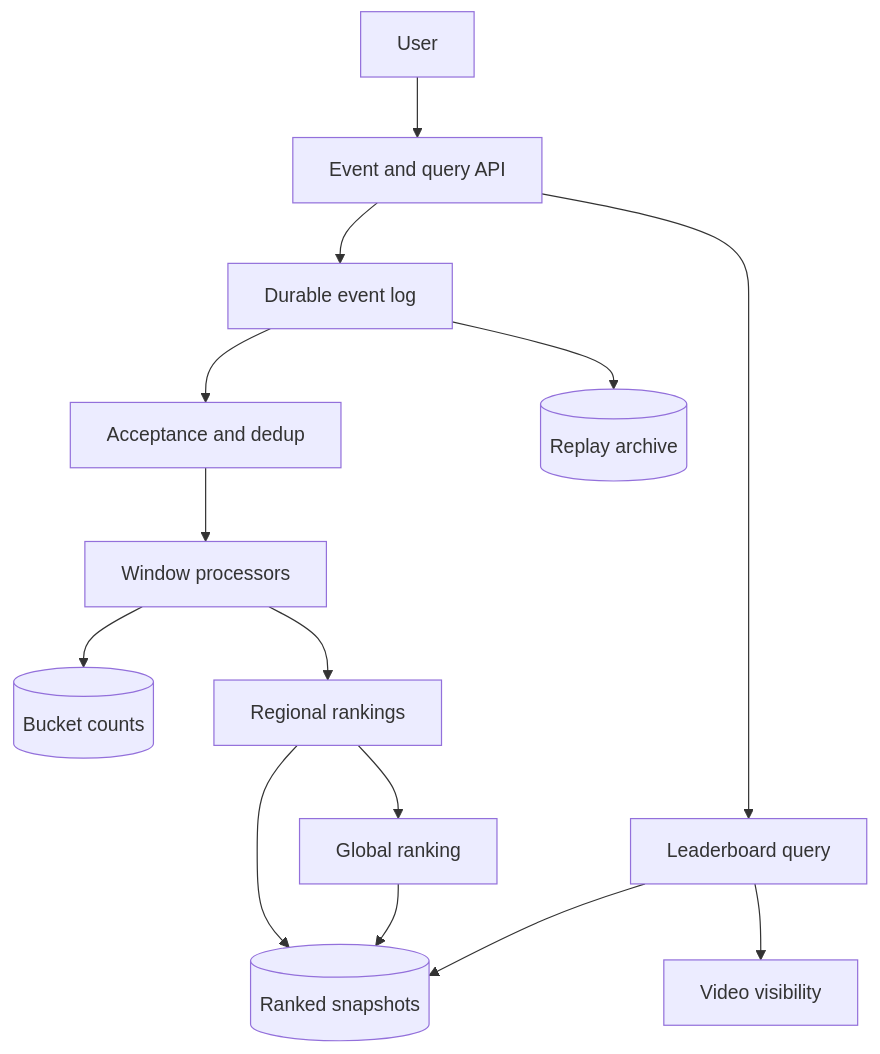
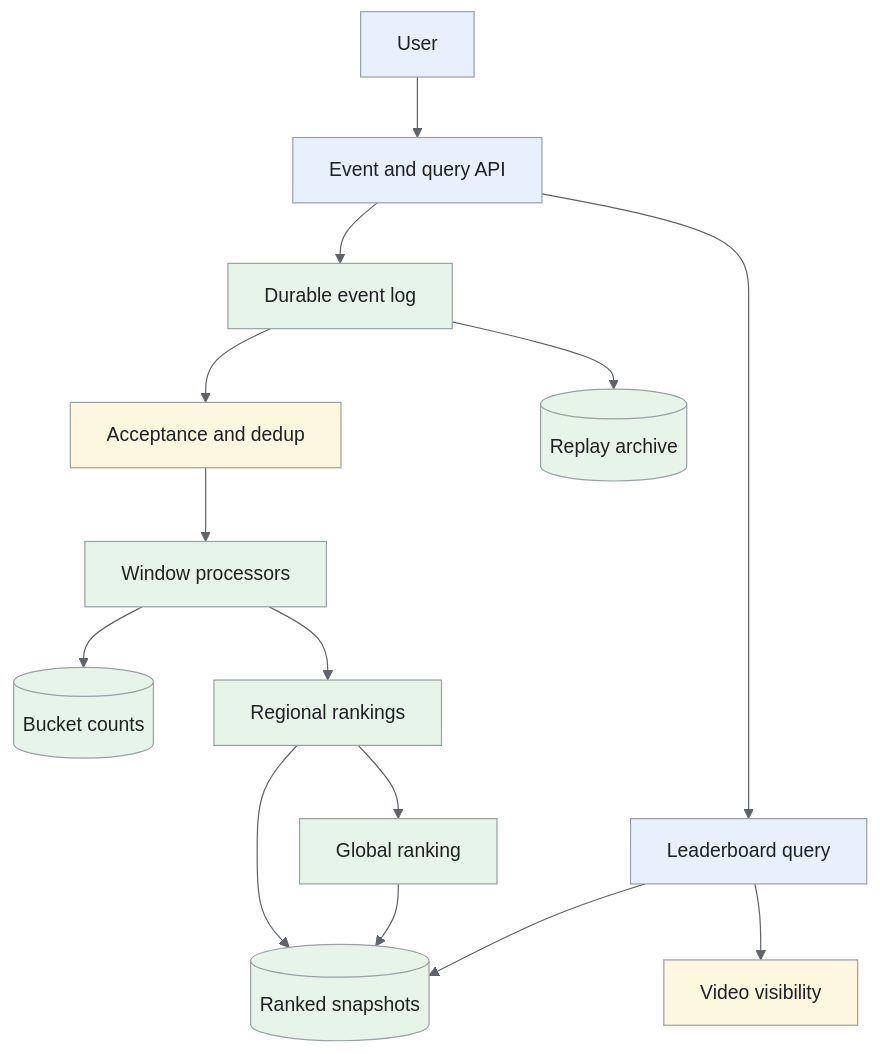
Before and after one commit to iliazlobin/iliazlobin.github.io: the first of 4 diagrams in _designs/system-design-youtube.md, drawn with Mermaid. The commit also changed other lines of this file and 25 other files, not shown here.

Commit message:
docs: explain Batch B design flows and tradeoffs

````diff
--- a/_designs/system-design-youtube.md
+++ b/_designs/system-design-youtube.md
@@ -120,16 +135,24 @@
 ```mermaid
+%%{init: {'theme':'base','themeVariables':{'primaryColor':'#e8f0fe','primaryTextColor':'#202124','primaryBorderColor':'#9aa0a6','lineColor':'#5f6368','secondaryColor':'#e6f4ea','tertiaryColor':'#fef7e0','actorBkg':'#e8f0fe','actorBorder':'#9aa0a6','actorTextColor':'#202124','noteBkgColor':'#fef7e0','noteTextColor':'#202124','noteBorderColor':'#9aa0a6','signalColor':'#5f6368','signalTextColor':'#202124','labelBoxBkgColor':'#fef7e0','labelBoxBorderColor':'#9aa0a6'}}}%%
 flowchart TB
   U["User"] --> API["Event and query API"]
   API --> E["Durable event log"]
   E --> V["Acceptance and dedup"]
   V --> W["Window processors"]
   W --> C[("Bucket counts")]
   W --> R["Regional rankings"]
   R --> G["Global ranking"]
   R --> S[("Ranked snapshots")]
   G --> S
   API --> Q["Leaderboard query"]
   Q --> S
   Q --> M["Video visibility"]
   E --> O[("Replay archive")]
+classDef request fill:#e8f0fe,stroke:#9aa0a6,color:#202124;
+classDef data fill:#e6f4ea,stroke:#9aa0a6,color:#202124;
+classDef control fill:#fef7e0,stroke:#9aa0a6,color:#202124;
+class U,API,Q request;
+class E,W,C,R,G,S,O data;
+class V,M control;
+
 ```
````
